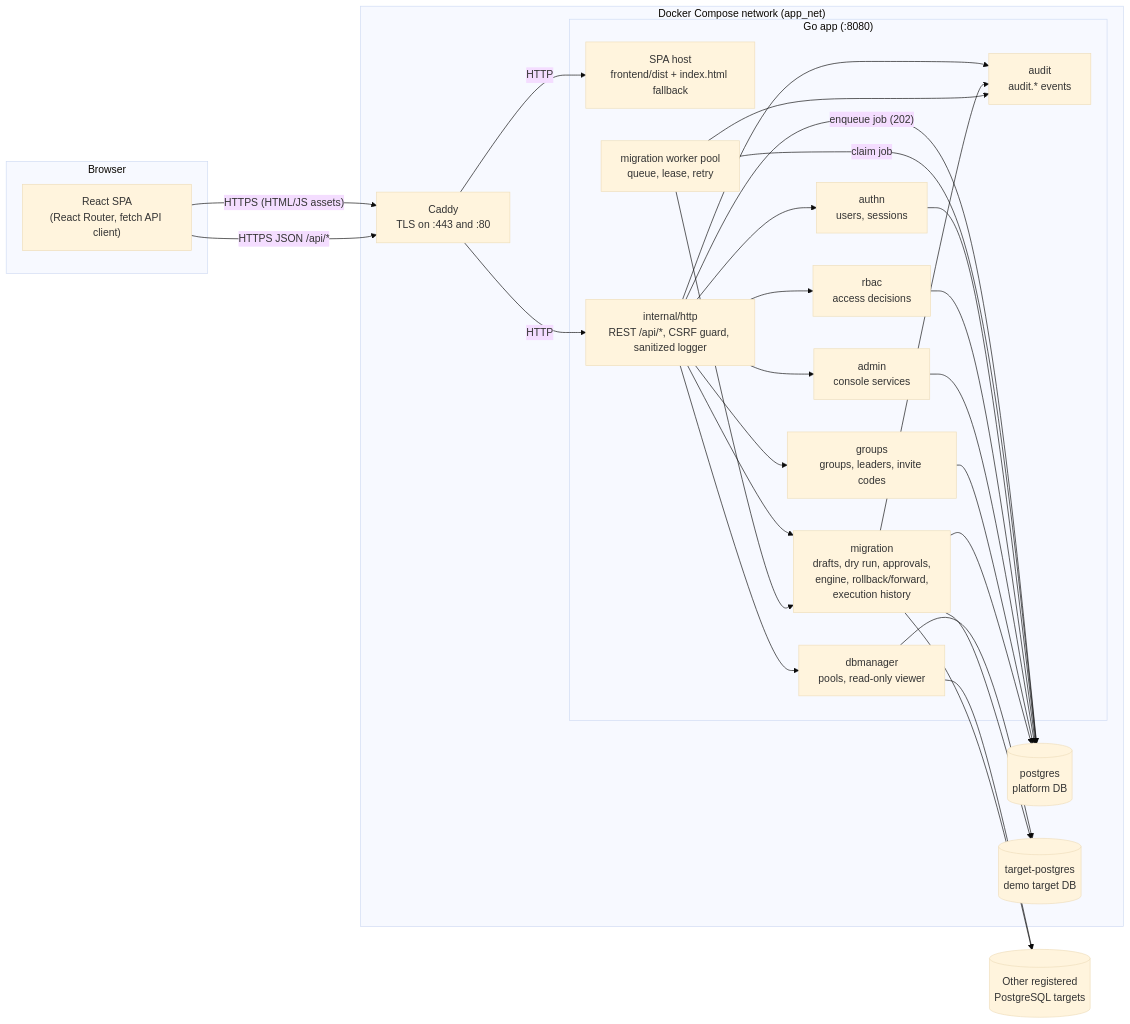
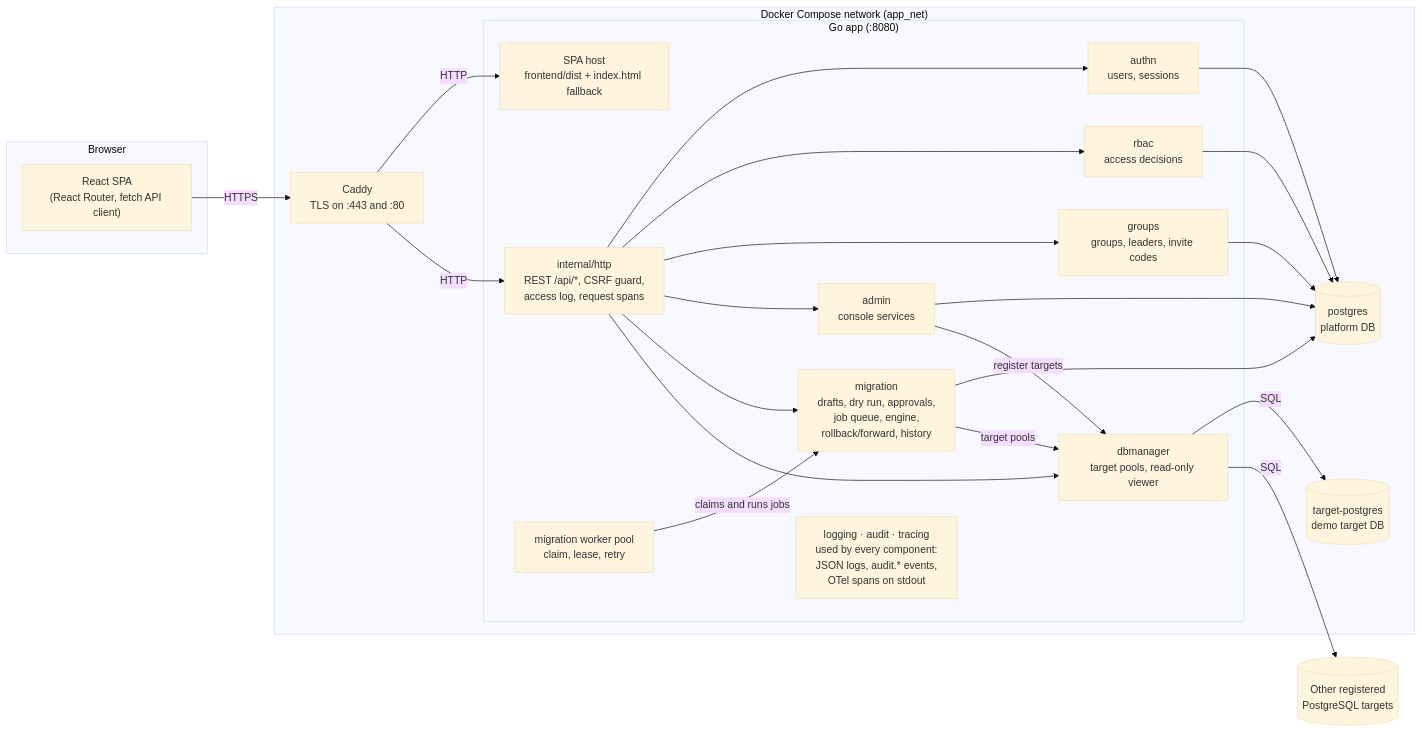
Before and after one commit to m-akma1/if3110-web-application-development: the diagram in README.md, drawn with Mermaid (base theme). The commit also changed other lines of this file, not shown here.

Commit message:
docs(readme): document tracing and the new SQL log kinds

````diff
--- a/README.md
+++ b/README.md
@@ -222,41 +230,44 @@
 ```mermaid
 flowchart LR
     subgraph browser["Browser"]
         spa["React SPA<br/>(React Router, fetch API client)"]
     end
 
     subgraph compose["Docker Compose network (app_net)"]
         caddy["Caddy<br/>TLS on :443 and :80"]
 
         subgraph app["Go app (:8080)"]
             static["SPA host<br/>frontend/dist + index.html fallback"]
-            http["internal/http<br/>REST /api/*, CSRF guard, sanitized logger"]
+            http["internal/http<br/>REST /api/*, CSRF guard,<br/>access log, request spans"]
+            worker["migration worker pool<br/>claim, lease, retry"]
+
             authn["authn<br/>users, sessions"]
             rbac["rbac<br/>access decisions"]
+            groups["groups<br/>groups, leaders, invite codes"]
             admin["admin<br/>console services"]
-            groups["groups<br/>groups, leaders, invite codes"]
-            viewer["dbmanager<br/>pools, read-only viewer"]
-            migr["migration<br/>drafts, dry run, approvals,<br/>engine, rollback/forward,<br/>execution history"]
-            worker["migration worker pool<br/>queue, lease, retry"]
-            audit["audit<br/>audit.* events"]
+            migr["migration<br/>drafts, dry run, approvals,<br/>job queue, engine,<br/>rollback/forward, history"]
+            obs["logging · audit · tracing<br/>used by every component:<br/>JSON logs, audit.* events,<br/>OTel spans on stdout"]
+
+            viewer["dbmanager<br/>target pools, read-only viewer"]
         end
 
         platform[("postgres<br/>platform DB")]
         target[("target-postgres<br/>demo target DB")]
     end
 
     other[("Other registered<br/>PostgreSQL targets")]
 
-    spa -- "HTTPS (HTML/JS assets)" --> caddy
-    spa -- "HTTPS JSON /api/*" --> caddy
+    spa -- HTTPS --> caddy
     caddy -- HTTP --> static
     caddy -- HTTP --> http
-    http --> authn & rbac & admin & groups & viewer & migr
-    http -- "enqueue job (202)" --> platform
-    worker -- "claim job" --> platform
-    worker --> migr
-    http & migr & worker --> audit
-    authn & rbac & admin & groups & migr --> platform
-    viewer & migr --> target
-    viewer & migr --> other
+    http --> authn & rbac & groups & admin & migr & viewer
+    worker -- "claims and runs jobs" --> migr
+    authn & rbac & groups & admin & migr --> platform
+    admin -- "register targets" --> viewer
+    migr -- "target pools" --> viewer
+    viewer -- SQL --> target & other
+
+    %% layout only: keep the databases in their own column right of the app
+    worker ~~~ obs
+    viewer ~~~ platform
 ```
````
